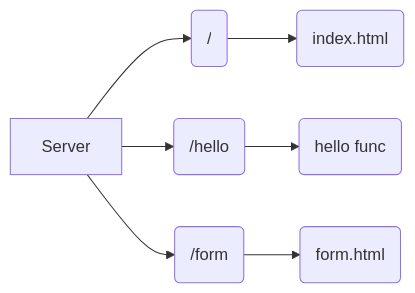
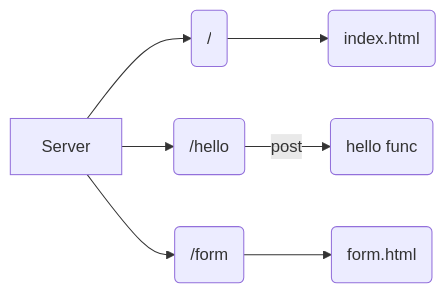
Before and after one commit to lee-treehouse/go-server: the diagram in README.md, drawn with Mermaid. The commit also changed other lines of this file, not shown here.

````diff
--- a/README.md
+++ b/README.md
@@ -15,13 +17,13 @@
 ```mermaid
 %%{init: {'theme': 'default' } }%%
 graph LR
     A[Server] --> B("/")
     B --> E(index.html)
     
     
     A --> C("/hello")
-    C --> F(hello func)
+    C --> |post| F(hello func)
     
     A --> D("/form")
     D --> G(form.html)        
 ```
````
